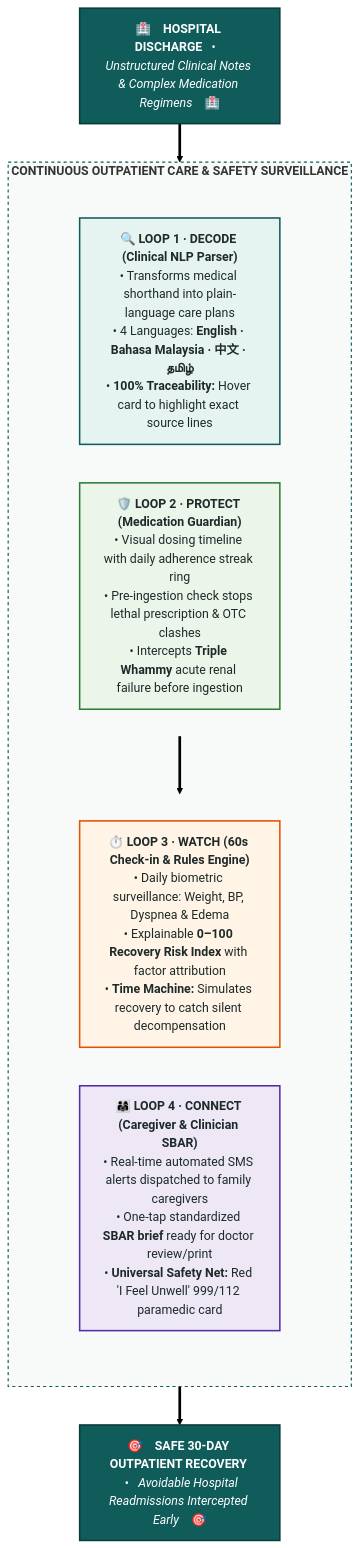
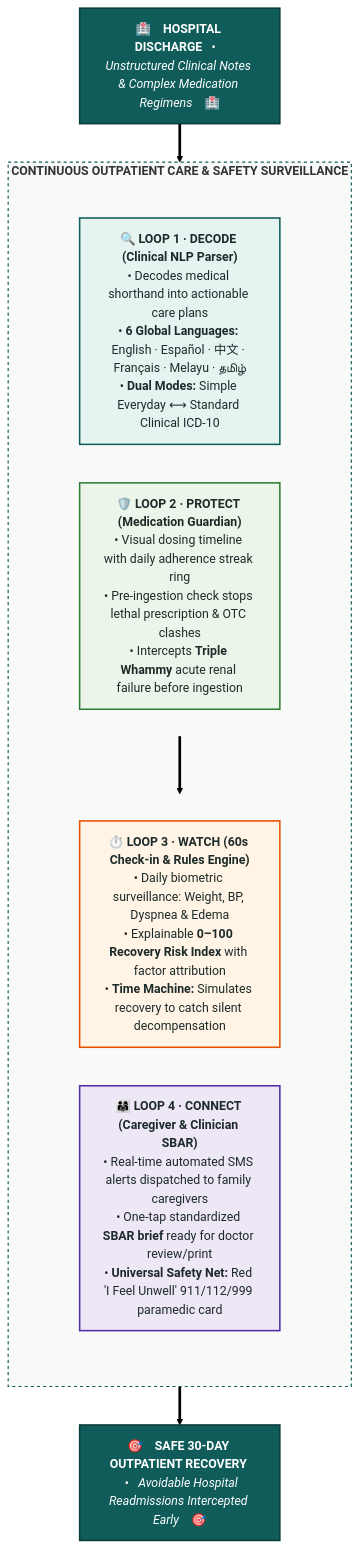
Before and after one commit to ShaunJee/CareLoop: the diagram in README.md, drawn with Mermaid (forest theme). The commit also changed other lines of this file and 2 other files, not shown here.

Commit message:
feat: add Robert Miller persona as default, expand internationalization (ES/FR/ZH/EN/MS/TA), and implement clinical vs everyday reading level engine

````diff
--- a/README.md
+++ b/README.md
@@ -43,34 +43,34 @@
 ```mermaid
 flowchart TD
     Discharge["🏥 &nbsp;&nbsp; <b>HOSPITAL DISCHARGE</b> &nbsp;&nbsp;•&nbsp;&nbsp; <i>Unstructured Clinical Notes & Complex Medication Regimens</i> &nbsp;&nbsp; 🏥"]
 
     subgraph CareLoops ["<b>CONTINUOUS OUTPATIENT CARE & SAFETY SURVEILLANCE</b>"]
         direction TB
         subgraph Row1 [" "]
             direction LR
-            L1["🔍 <b>LOOP 1 · DECODE (Clinical NLP Parser)</b><br/>• Transforms medical shorthand into plain-language care plans<br/>• 4 Languages: <b>English · Bahasa Malaysia · 中文 · தமிழ்</b><br/>• <b>100% Traceability:</b> Hover card to highlight exact source lines"]
+            L1["🔍 <b>LOOP 1 · DECODE (Clinical NLP Parser)</b><br/>• Decodes medical shorthand into actionable care plans<br/>• <b>6 Global Languages:</b> English · Español · 中文 · Français · Melayu · தமிழ்<br/>• <b>Dual Modes:</b> Simple Everyday ⟷ Standard Clinical ICD-10"]
             L2["🛡️ <b>LOOP 2 · PROTECT (Medication Guardian)</b><br/>• Visual dosing timeline with daily adherence streak ring<br/>• Pre-ingestion check stops lethal prescription & OTC clashes<br/>• Intercepts <b>Triple Whammy</b> acute renal failure before ingestion"]
         end
         subgraph Row2 [" "]
             direction LR
             L3["⏱️ <b>LOOP 3 · WATCH (60s Check-in & Rules Engine)</b><br/>• Daily biometric surveillance: Weight, BP, Dyspnea & Edema<br/>• Explainable <b>0–100 Recovery Risk Index</b> with factor attribution<br/>• <b>Time Machine:</b> Simulates recovery to catch silent decompensation"]
-            L4["👨‍👩‍👧 <b>LOOP 4 · CONNECT (Caregiver & Clinician SBAR)</b><br/>• Real-time automated SMS alerts dispatched to family caregivers<br/>• One-tap standardized <b>SBAR brief</b> ready for doctor review/print<br/>• <b>Universal Safety Net:</b> Red 'I Feel Unwell' 999/112 paramedic card"]
+            L4["👨‍👩‍👧 <b>LOOP 4 · CONNECT (Caregiver & Clinician SBAR)</b><br/>• Real-time automated SMS alerts dispatched to family caregivers<br/>• One-tap standardized <b>SBAR brief</b> ready for doctor review/print<br/>• <b>Universal Safety Net:</b> Red 'I Feel Unwell' 911/112/999 paramedic card"]
         end
         Row1 ==> Row2
     end
 
     Outcome["🎯 &nbsp;&nbsp; <b>SAFE 30-DAY OUTPATIENT RECOVERY</b> &nbsp;&nbsp;•&nbsp;&nbsp; <i>Avoidable Hospital Readmissions Intercepted Early</i> &nbsp;&nbsp; 🎯"]
 
     Discharge ==> Row1
     Row2 ==> Outcome
 
     style Discharge fill:#0F5C5A,stroke:#093B3A,stroke-width:2px,color:#FFFFFF
     style Outcome fill:#0F5C5A,stroke:#093B3A,stroke-width:2px,color:#FFFFFF
     style CareLoops fill:#F7FAF9,stroke:#0F5C5A,stroke-width:1.5px,stroke-dasharray: 4 4
     style Row1 fill:transparent,stroke:transparent
     style Row2 fill:transparent,stroke:transparent
     style L1 fill:#E6F4F1,stroke:#0F5C5A,stroke-width:2px,color:#1D2A29
     style L2 fill:#EBF5EA,stroke:#2E7D32,stroke-width:2px,color:#1D2A29
     style L3 fill:#FFF4E5,stroke:#E65100,stroke-width:2px,color:#1D2A29
     style L4 fill:#EDE7F6,stroke:#512DA8,stroke-width:2px,color:#1D2A29
 ```
````
